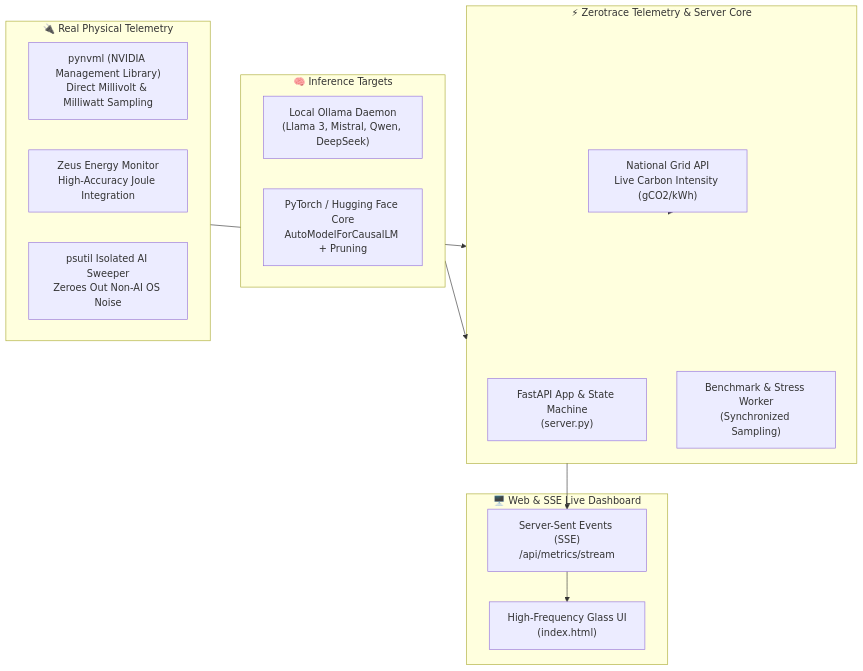
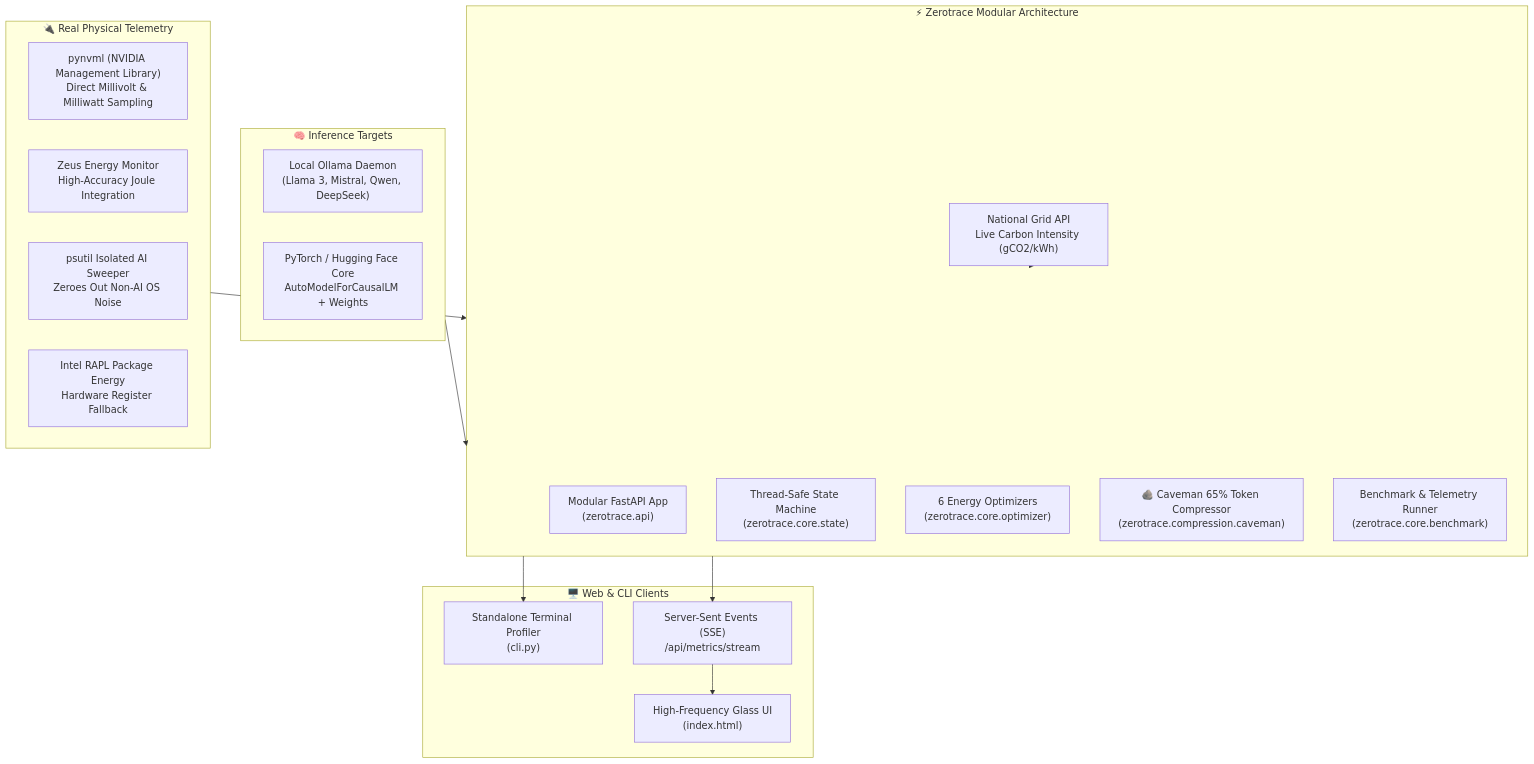
One commit to Madhukumar511/ZEROTRACE-AI changed the diagram in README.md. Above: the diagram before and after it, drawn with Mermaid. The commit also changed other lines of this file and 32 other files, not shown here.

````diff
--- a/README.md
+++ b/README.md
@@ -18,29 +20,35 @@
 ```mermaid
 flowchart TD
-    subgraph Client ["🖥️ Web & SSE Live Dashboard"]
+    subgraph Client ["🖥️ Web & CLI Clients"]
         UI["High-Frequency Glass UI<br/>(index.html)"]
+        CLI["Standalone Terminal Profiler<br/>(cli.py)"]
         Stream["Server-Sent Events (SSE)<br/>/api/metrics/stream"]
     end
 
-    subgraph CoreEngine ["⚡ Zerotrace Telemetry & Server Core"]
-        FastAPI["FastAPI App & State Machine<br/>(server.py)"]
+    subgraph CoreEngine ["⚡ Zerotrace Modular Architecture"]
+        FastAPI["Modular FastAPI App<br/>(zerotrace.api)"]
+        State["Thread-Safe State Machine<br/>(zerotrace.core.state)"]
+        Optimizer["6 Energy Optimizers<br/>(zerotrace.core.optimizer)"]
+        Caveman["🪨 Caveman 65% Token Compressor<br/>(zerotrace.compression.caveman)"]
         GridAPI["National Grid API<br/>Live Carbon Intensity (gCO2/kWh)"]
-        Bench["Benchmark & Stress Worker<br/>(Synchronized Sampling)"]
+        Bench["Benchmark & Telemetry Runner<br/>(zerotrace.core.benchmark)"]
     end
 
     subgraph HardwareSensors ["🔌 Real Physical Telemetry"]
         NVML["pynvml (NVIDIA Management Library)<br/>Direct Millivolt & Milliwatt Sampling"]
         Zeus["Zeus Energy Monitor<br/>High-Accuracy Joule Integration"]
         CPUProc["psutil Isolated AI Sweeper<br/>Zeroes Out Non-AI OS Noise"]
+        RAPL["Intel RAPL Package Energy<br/>Hardware Register Fallback"]
     end
 
     subgraph InferenceEngines ["🧠 Inference Targets"]
         Ollama["Local Ollama Daemon<br/>(Llama 3, Mistral, Qwen, DeepSeek)"]
-        PyTorch["PyTorch / Hugging Face Core<br/>AutoModelForCausalLM + Pruning"]
+        PyTorch["PyTorch / Hugging Face Core<br/>AutoModelForCausalLM + Weights"]
     end
 
     HardwareSensors --> CoreEngine
     InferenceEngines --> CoreEngine
     GridAPI --> CoreEngine
     CoreEngine --> Stream --> UI
+    CoreEngine --> CLI
 ```
````
